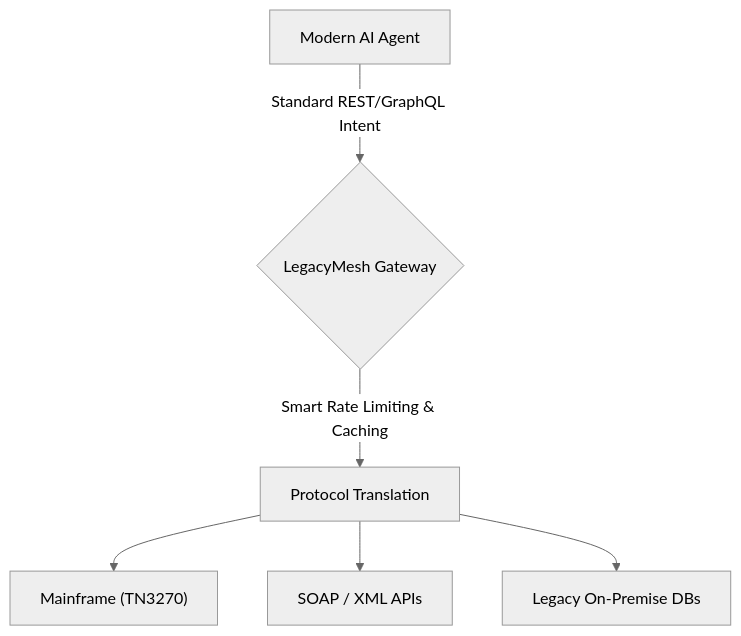
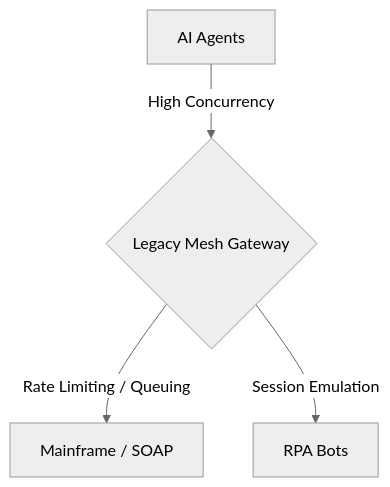
One commit to flouzzy/top-100-ai-startup-ideas changed the first of 2 diagrams in ideas/legacy-mesh/README.md. Above: the diagram before and after it, drawn with Mermaid (neutral theme). The commit also changed other lines of this file and 41 other files, not shown here.

````diff
--- a/ideas/legacy-mesh/README.md
+++ b/ideas/legacy-mesh/README.md
@@ -17,8 +17,7 @@
 ```mermaid
 graph TD
-    A["Modern AI Agent"] -->|Standard REST/GraphQL Intent| B{"LegacyMesh Gateway"}
-    B -->|Smart Rate Limiting & Caching| C["Protocol Translation"]
-    C --> D["Mainframe (TN3270)"]
-    C --> E["SOAP / XML APIs"]
-    C --> F["Legacy On-Premise DBs"]
+    %% Architecture
+    A["AI Agents"] -->|High Concurrency| B{"Legacy Mesh Gateway"}
+    B -->|Rate Limiting / Queuing| C["Mainframe / SOAP"]
+    B -->|Session Emulation| D["RPA Bots"]
 ```
````
